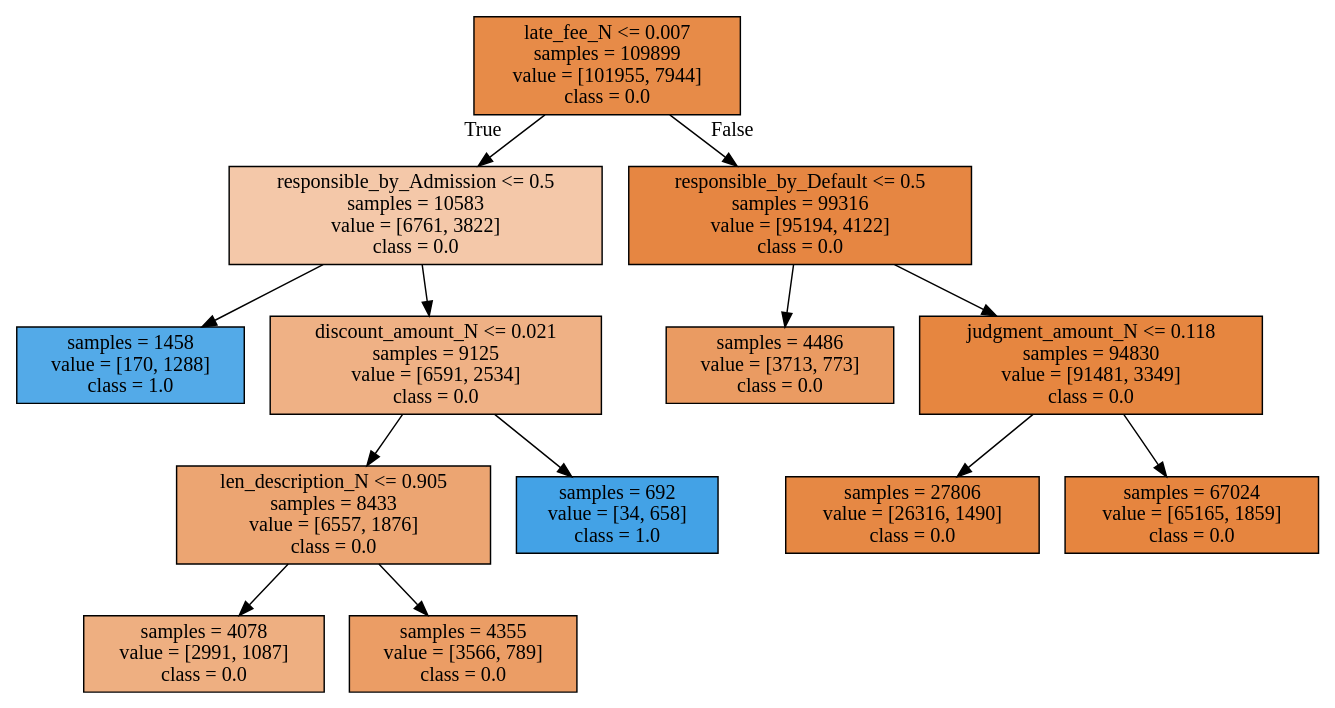
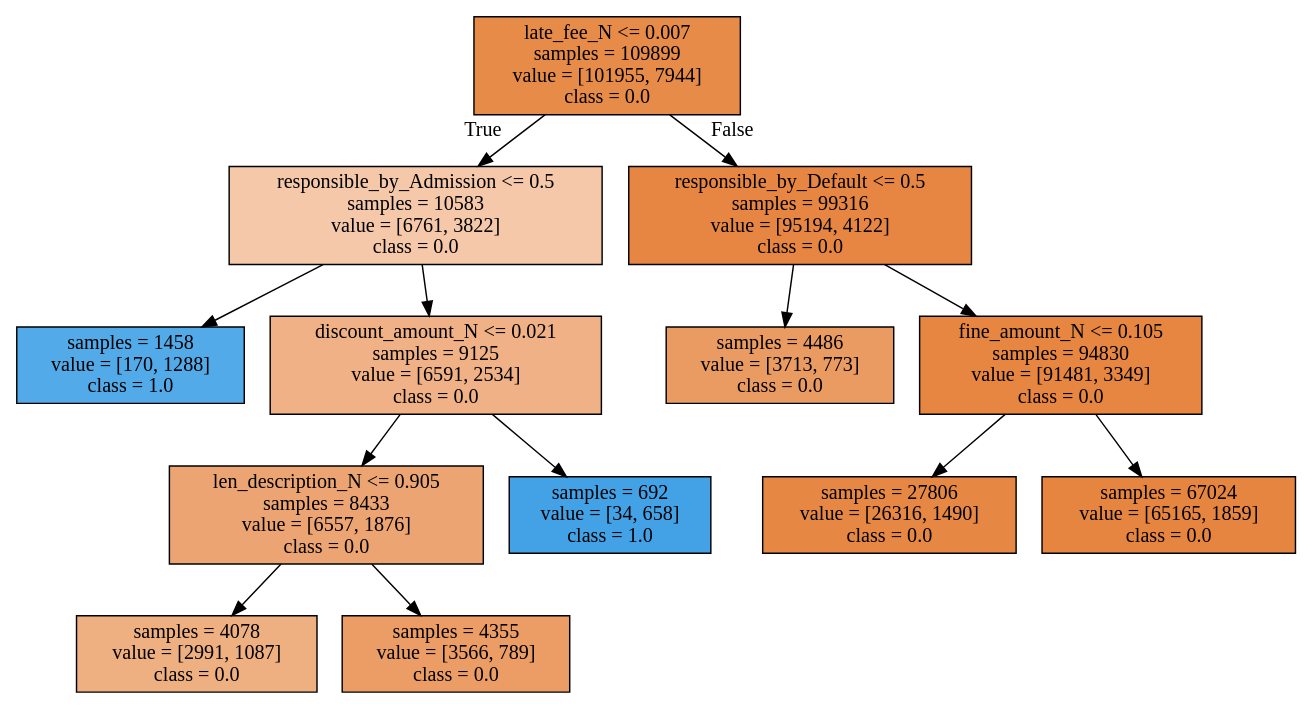
One commit to ITrustNumbers/A_Classification_Model_To_Predict_Blight_Compliance changed the diagram in Tree_Visualization_data.dot. Above: the diagram before and after it, drawn with Graphviz. The commit also changed 11 other files, not shown here.

```diff
--- a/Tree_Visualization_data.dot
+++ b/Tree_Visualization_data.dot
@@ -1,28 +1,28 @@
 digraph Tree {
 node [shape=box, style="filled", color="black"] ;
 0 [label="late_fee_N <= 0.007\nsamples = 109899\nvalue = [101955, 7944]\nclass = 0.0", fillcolor="#e78b48"] ;
 1 [label="responsible_by_Admission <= 0.5\nsamples = 10583\nvalue = [6761, 3822]\nclass = 0.0", fillcolor="#f4c8a9"] ;
 0 -> 1 [labeldistance=2.5, labelangle=45, headlabel="True"] ;
 3 [label="samples = 1458\nvalue = [170, 1288]\nclass = 1.0", fillcolor="#53aae8"] ;
 1 -> 3 ;
 4 [label="discount_amount_N <= 0.021\nsamples = 9125\nvalue = [6591, 2534]\nclass = 0.0", fillcolor="#efb185"] ;
 1 -> 4 ;
 5 [label="len_description_N <= 0.905\nsamples = 8433\nvalue = [6557, 1876]\nclass = 0.0", fillcolor="#eca572"] ;
 4 -> 5 ;
 9 [label="samples = 4078\nvalue = [2991, 1087]\nclass = 0.0", fillcolor="#eeaf81"] ;
 5 -> 9 ;
 10 [label="samples = 4355\nvalue = [3566, 789]\nclass = 0.0", fillcolor="#eb9d65"] ;
 5 -> 10 ;
 6 [label="samples = 692\nvalue = [34, 658]\nclass = 1.0", fillcolor="#43a2e6"] ;
 4 -> 6 ;
 2 [label="responsible_by_Default <= 0.5\nsamples = 99316\nvalue = [95194, 4122]\nclass = 0.0", fillcolor="#e68642"] ;
 0 -> 2 [labeldistance=2.5, labelangle=-45, headlabel="False"] ;
 7 [label="samples = 4486\nvalue = [3713, 773]\nclass = 0.0", fillcolor="#ea9b62"] ;
 2 -> 7 ;
-8 [label="judgment_amount_N <= 0.118\nsamples = 94830\nvalue = [91481, 3349]\nclass = 0.0", fillcolor="#e68640"] ;
+8 [label="fine_amount_N <= 0.105\nsamples = 94830\nvalue = [91481, 3349]\nclass = 0.0", fillcolor="#e68640"] ;
 2 -> 8 ;
 11 [label="samples = 27806\nvalue = [26316, 1490]\nclass = 0.0", fillcolor="#e68844"] ;
 8 -> 11 ;
 12 [label="samples = 67024\nvalue = [65165, 1859]\nclass = 0.0", fillcolor="#e6853f"] ;
 8 -> 12 ;
 }
```
